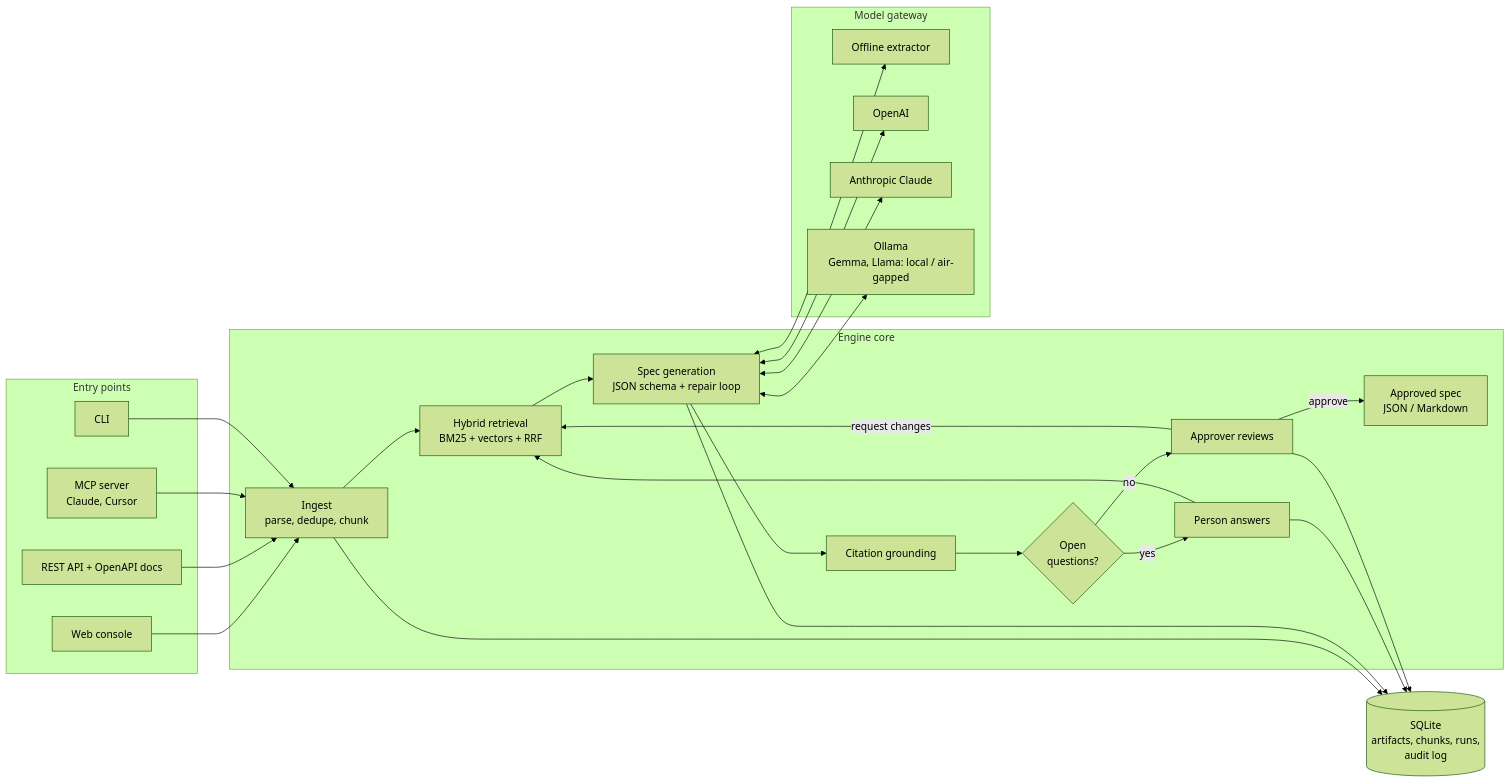
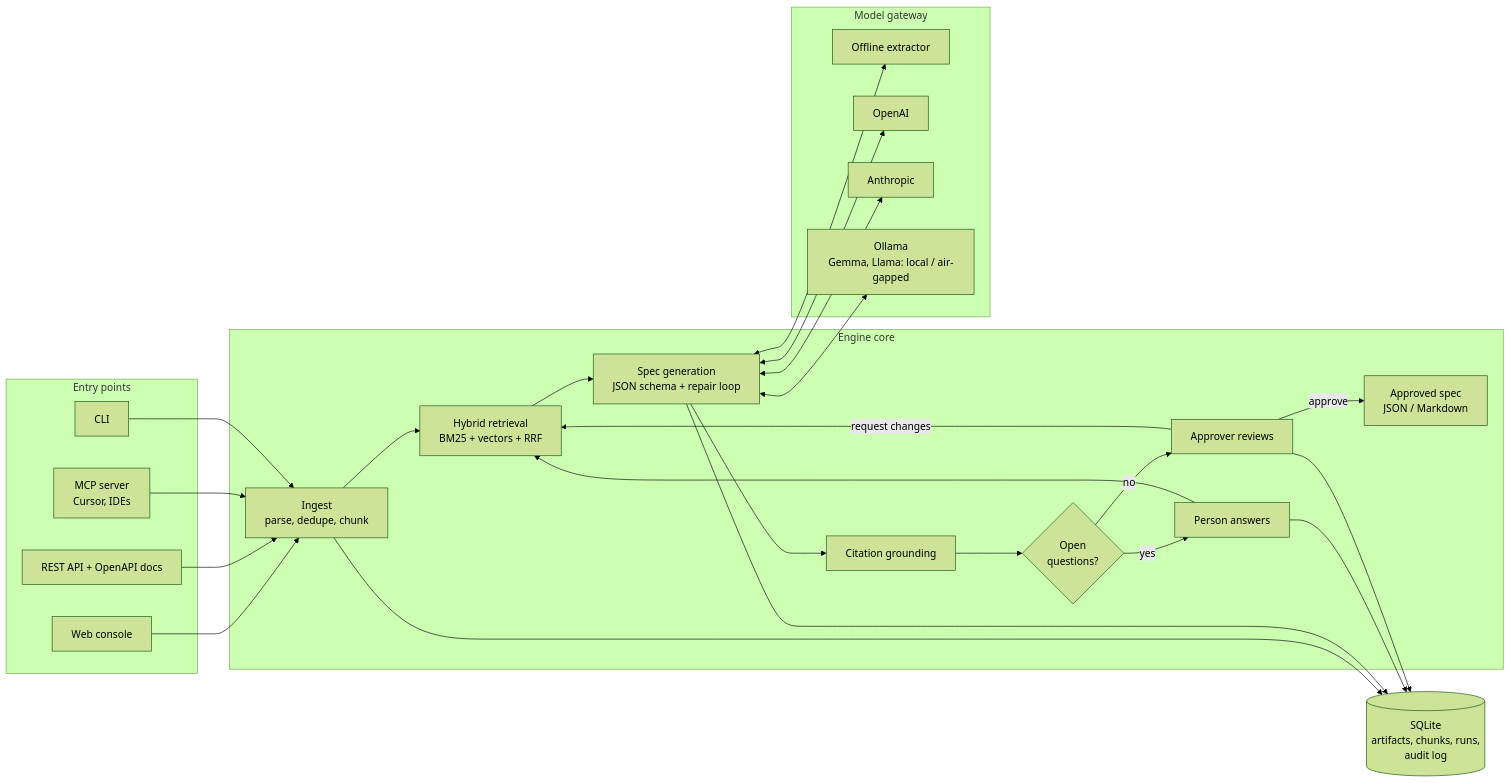
The diagram in README.md (Dharani-ch3/notespec-ai), drawn with Mermaid (forest theme) before and after one commit. The commit also changed other lines of this file and 4 other files, not shown here.

````diff
--- a/README.md
+++ b/README.md
@@ -33,28 +33,28 @@
 ```mermaid
 flowchart LR
     subgraph Entry points
         UI[Web console]
         API[REST API + OpenAPI docs]
-        MCP[MCP server<br/>Claude, Cursor]
+        MCP[MCP server<br/>Cursor, IDEs]
         CLI[CLI]
     end
     subgraph Engine core
         I[Ingest<br/>parse, dedupe, chunk] --> R[Hybrid retrieval<br/>BM25 + vectors + RRF]
         R --> G[Spec generation<br/>JSON schema + repair loop]
         G --> GR[Citation grounding]
         GR --> Q{Open<br/>questions?}
         Q -- yes --> H1[Person answers] --> R
         Q -- no --> H2[Approver reviews]
         H2 -- request changes --> R
         H2 -- approve --> OUT[Approved spec<br/>JSON / Markdown]
     end
     subgraph Model gateway
         OFF[Offline extractor]
         OAI[OpenAI]
-        ANT[Anthropic Claude]
+        ANT[Anthropic]
         OLL[Ollama<br/>Gemma, Llama: local / air-gapped]
     end
     UI & API & MCP & CLI --> I
     G <--> OFF & OAI & ANT & OLL
     I & G & H1 & H2 --> DB[(SQLite<br/>artifacts, chunks, runs,<br/>audit log)]
 ```
````
